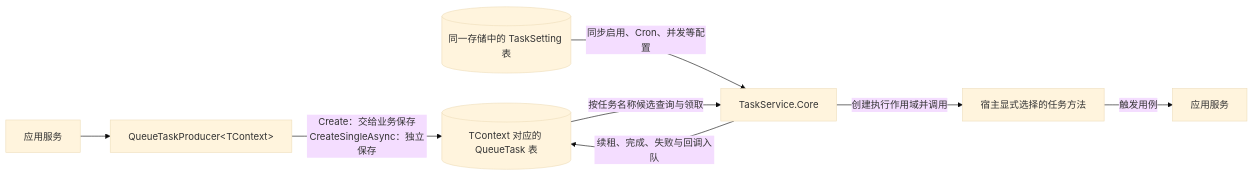
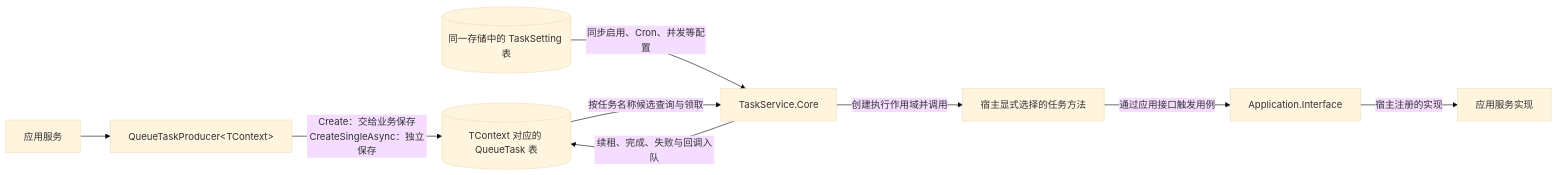
One commit to dashiell-zhang/NetEngine changed the fourth of 12 diagrams in Docs/ArchitectureDiagrams.md. Above: the diagram before and after it, drawn with Mermaid (base theme). The commit also changed other lines of this file and 93 other files, not shown here.

````diff
--- a/Docs/ArchitectureDiagrams.md
+++ b/Docs/ArchitectureDiagrams.md
@@ -128,10 +132,11 @@
 ```mermaid
 flowchart LR
     App["应用服务"] --> Producer["QueueTaskProducer&lt;TContext&gt;"]
     Producer -->|Create：交给业务保存<br/>CreateSingleAsync：独立保存| QueueTable[("TContext 对应的 QueueTask 表")]
     Settings[("同一存储中的 TaskSetting 表")] -->|同步启用、Cron、并发等配置| Core["TaskService.Core"]
     QueueTable -->|按任务名称候选查询与领取| Core
     Core -->|创建执行作用域并调用| Task["宿主显式选择的任务方法"]
-    Task -->|触发用例| Business["应用服务"]
+    Task -->|通过应用接口触发用例| Contract["Application.Interface"]
+    Contract -->|宿主注册的实现| Business["应用服务实现"]
     Core -->|续租、完成、失败与回调入队| QueueTable
 ```
````
